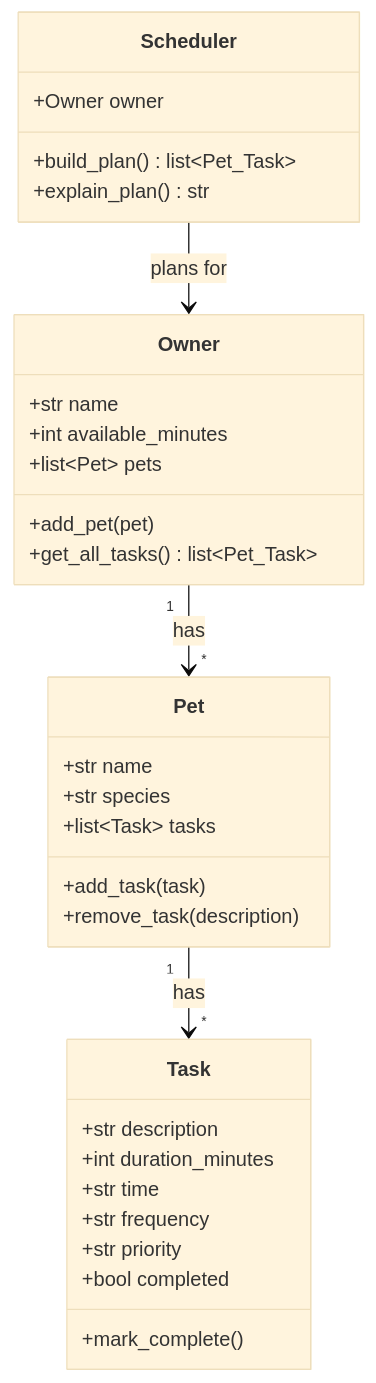
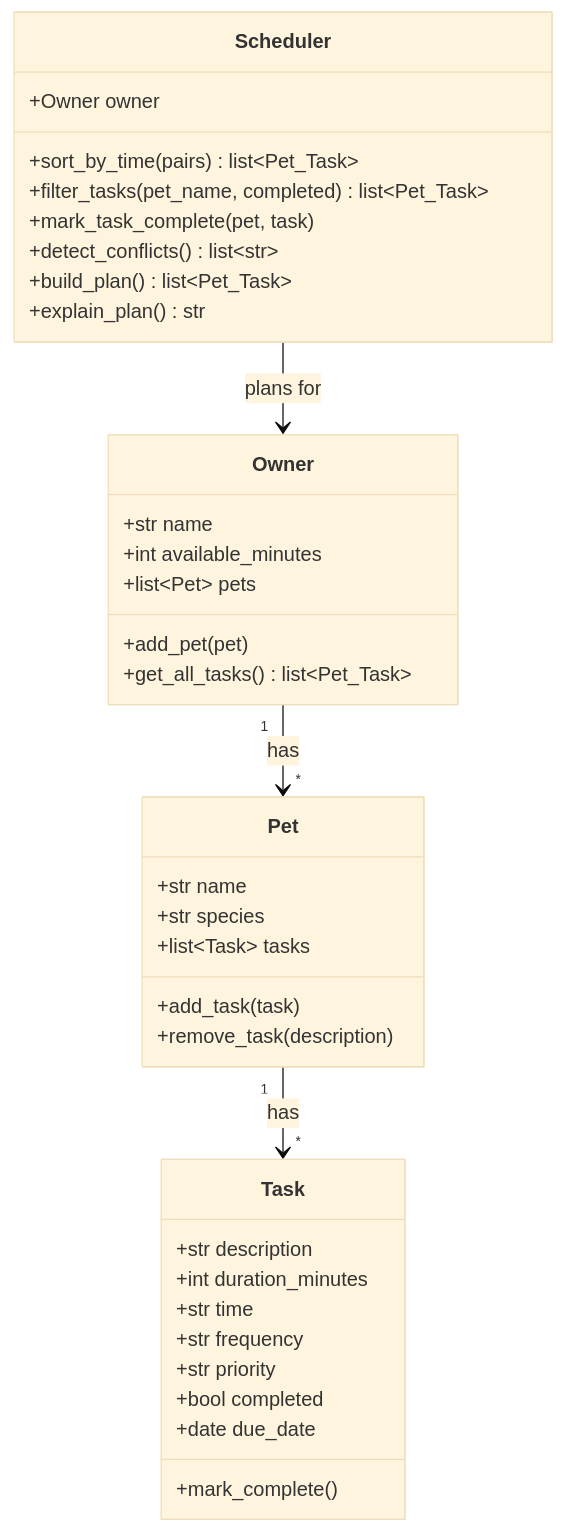
The diagram in diagrams/uml.mmd (ajacob2022/ai110-module2show-pawpal-starter), drawn with Mermaid (base theme) before and after one commit. The commit also changed 6 other files, not shown here.

```diff
--- a/diagrams/uml.mmd
+++ b/diagrams/uml.mmd
@@ -1,36 +1,41 @@
 classDiagram
     class Owner {
         +str name
         +int available_minutes
         +list~Pet~ pets
         +add_pet(pet)
         +get_all_tasks() list~Pet_Task~
     }
 
     class Pet {
         +str name
         +str species
         +list~Task~ tasks
         +add_task(task)
         +remove_task(description)
     }
 
     class Task {
         +str description
         +int duration_minutes
         +str time
         +str frequency
         +str priority
         +bool completed
+        +date due_date
         +mark_complete()
     }
 
     class Scheduler {
         +Owner owner
+        +sort_by_time(pairs) list~Pet_Task~
+        +filter_tasks(pet_name, completed) list~Pet_Task~
+        +mark_task_complete(pet, task)
+        +detect_conflicts() list~str~
         +build_plan() list~Pet_Task~
         +explain_plan() str
     }
 
     Owner "1" --> "*" Pet : has
     Pet "1" --> "*" Task : has
     Scheduler --> Owner : plans for
```
